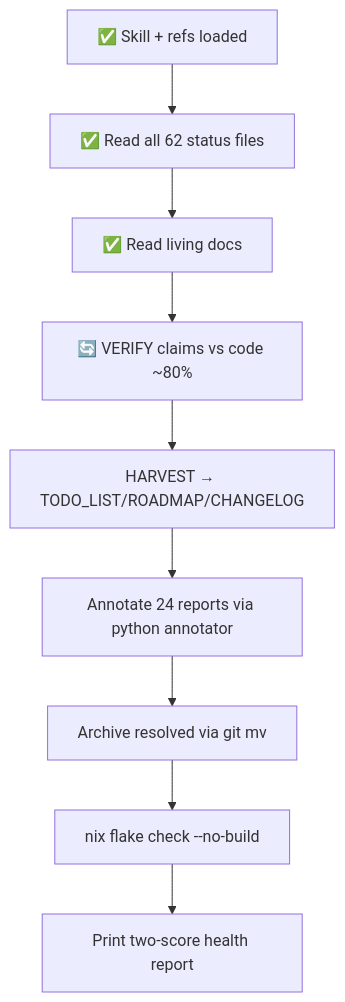
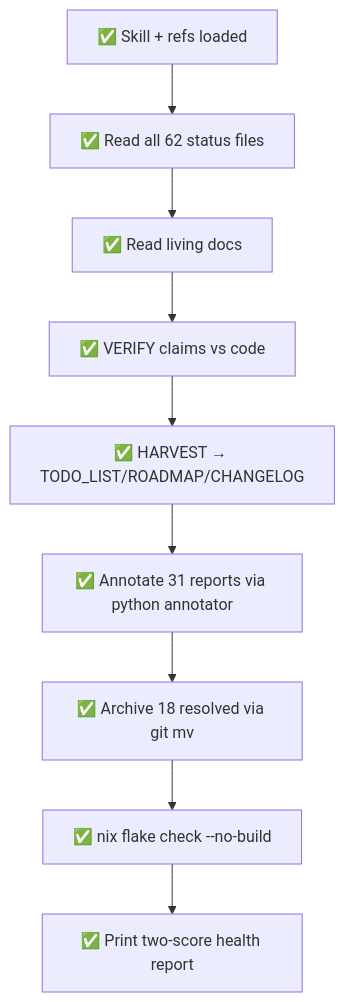
One commit to LarsArtmann/SystemNix changed the diagram in docs/planning/2026-08-18_20-58_docs-health-audit-continuation-plan.md. Above: the diagram before and after it, drawn with Mermaid. The commit also changed other lines of this file and 13 other files, not shown here.

````diff
--- a/docs/planning/2026-08-18_20-58_docs-health-audit-continuation-plan.md
+++ b/docs/planning/2026-08-18_20-58_docs-health-audit-continuation-plan.md
@@ -11,11 +13,11 @@
 ```mermaid
 flowchart TD
     A[✅ Skill + refs loaded] --> B[✅ Read all 62 status files]
     B --> C[✅ Read living docs]
-    C --> D[🔄 VERIFY claims vs code ~80%]
-    D --> E[HARVEST → TODO_LIST/ROADMAP/CHANGELOG]
-    E --> F[Annotate 24 reports via python annotator]
-    F --> G[Archive resolved via git mv]
-    G --> H[nix flake check --no-build]
-    H --> I[Print two-score health report]
+    C --> D[✅ VERIFY claims vs code]
+    D --> E[✅ HARVEST → TODO_LIST/ROADMAP/CHANGELOG]
+    E --> F[✅ Annotate 31 reports via python annotator]
+    F --> G[✅ Archive 18 resolved via git mv]
+    G --> H[✅ nix flake check --no-build]
+    H --> I[✅ Print two-score health report]
 ```
````
